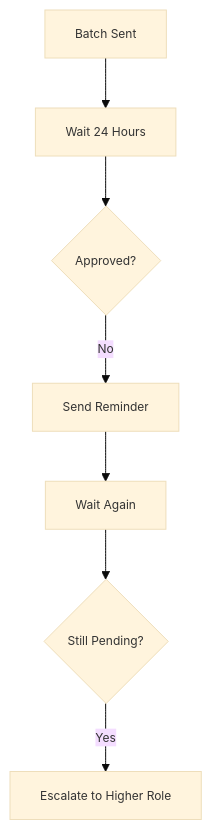
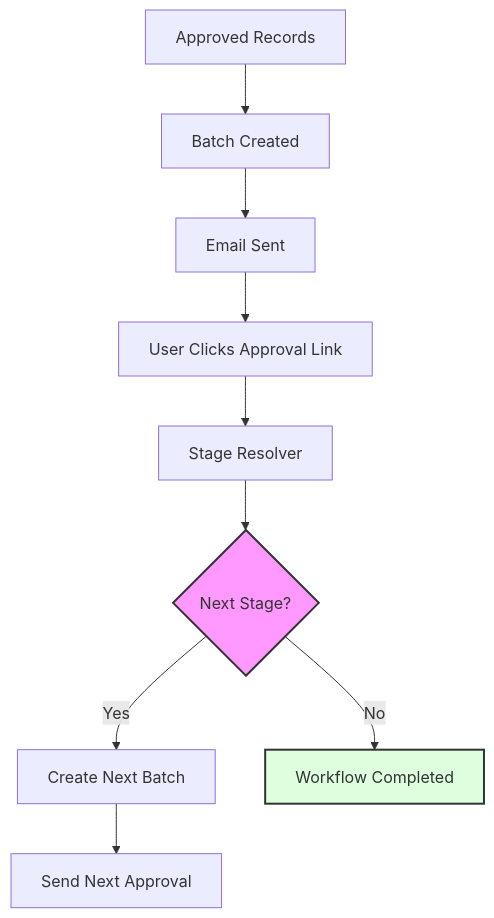
Before and after one commit to apurba-labs/laravel-approval-engine: the second of 4 diagrams in README.md, drawn with Mermaid.

Commit message:
docs: fixed flow chart diagram

````diff
--- a/README.md
+++ b/README.md
@@ -58,11 +58,15 @@
 ```mermaid
-%%{init: {'theme': 'base', 'themeVariables': { 'fontSize': '12px'}, 'flowchart': {'useMaxWidth': true }}}%%
 graph TD
-    A[Batch Sent] --> B[Wait 24 Hours]
-    B --> C{Approved?}
-    C -- No --> D[Send Reminder]
-    D --> E[Wait Again]
-    E --> F{Still Pending?}
-    F -- Yes --> G[Escalate to Higher Role]
+    A[Approved Records] --> B[Batch Created]
+    B --> C[Email Sent]
+    C --> D[User Clicks Approval Link]
+    D --> E[Stage Resolver]
+    E --> F{Next Stage?}
+    F -- Yes --> G[Create Next Batch]
+    G --> H[Send Next Approval]
+    F -- No --> I[Workflow Completed]
+    
+    style F fill:#f9f,stroke:#333,stroke-width:2px
+    style I fill:#dfd,stroke:#333,stroke-width:2px
 
 ```
````
